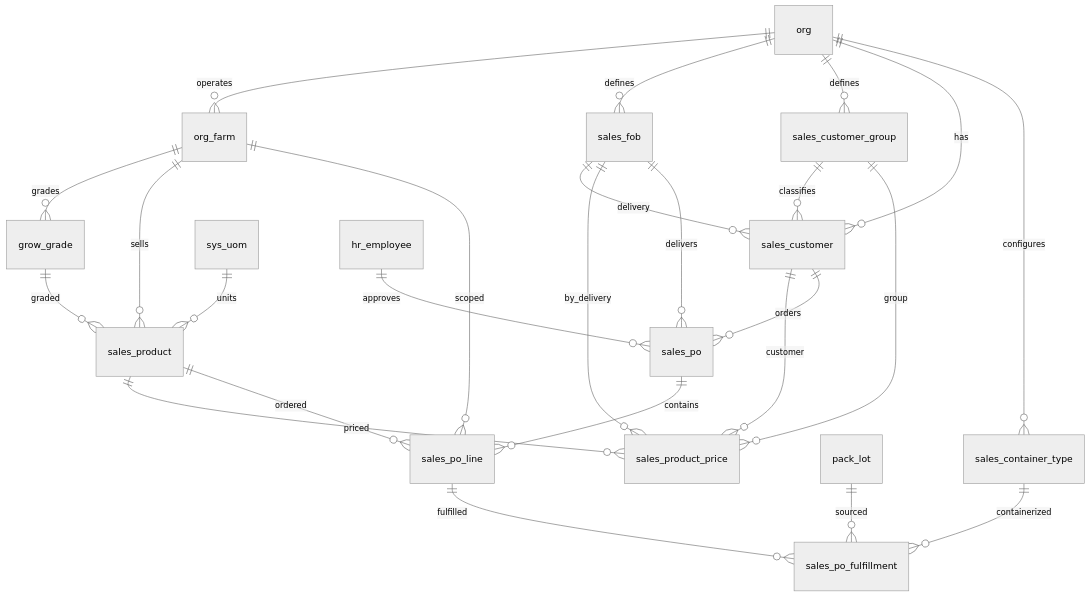
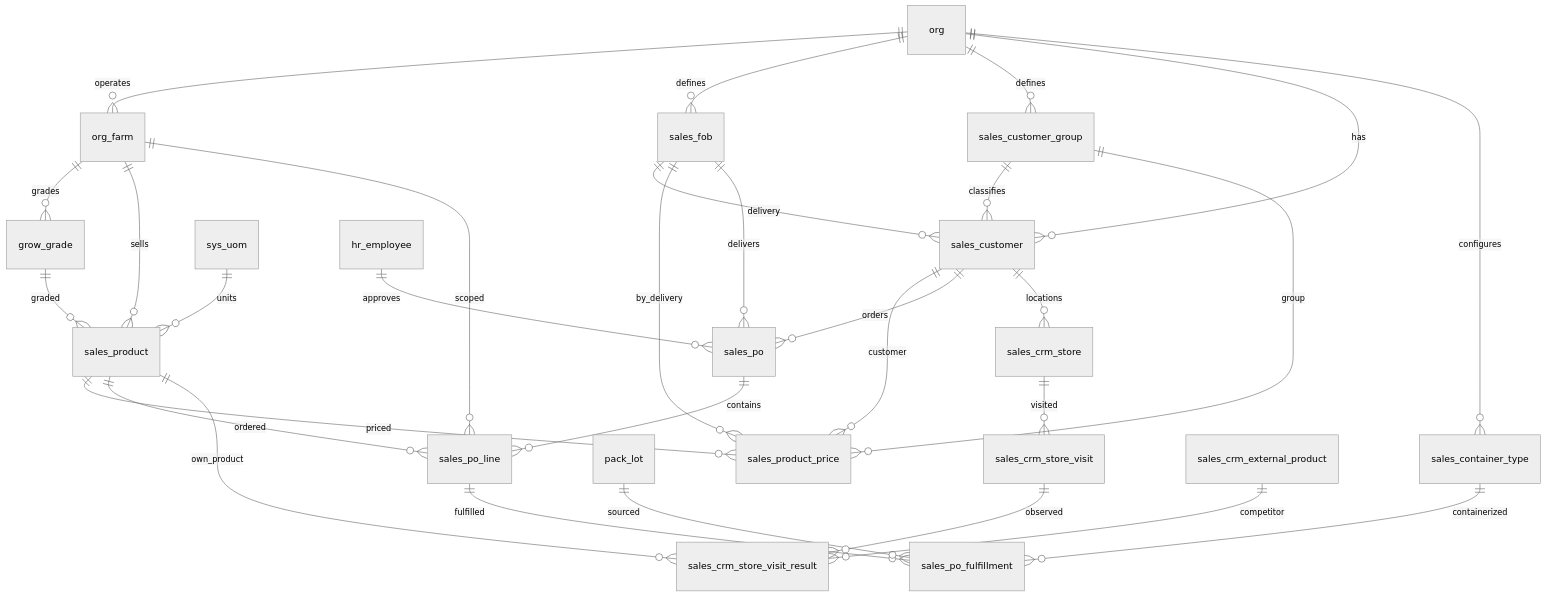
Before and after one commit to Hawaii-Farming/aloha-app: the diagram in docs/schemas/20260401000008_sales.md, drawn with Mermaid (neutral theme). The commit also changed other lines of this file and 6 other files, not shown here.

First line of the commit message:
Add sales CRM tables: stores, visits, competitor products, observations

````diff
--- a/docs/schemas/20260401000008_sales.md
+++ b/docs/schemas/20260401000008_sales.md
@@ -9,27 +11,32 @@
 ```mermaid
 erDiagram
     org ||--o{ org_farm : operates
     org ||--o{ sales_fob : defines
     org ||--o{ sales_customer_group : defines
     org ||--o{ sales_customer : has
     sales_customer_group ||--o{ sales_customer : classifies
     sales_fob ||--o{ sales_customer : delivery
     org_farm ||--o{ grow_grade : grades
     org_farm ||--o{ sales_product : sells
     grow_grade ||--o{ sales_product : graded
     sys_uom ||--o{ sales_product : units
     sales_product ||--o{ sales_product_price : priced
     sales_fob ||--o{ sales_product_price : by_delivery
     sales_customer ||--o{ sales_product_price : customer
     sales_customer_group ||--o{ sales_product_price : group
     sales_customer ||--o{ sales_po : orders
     sales_fob ||--o{ sales_po : delivers
     org_farm ||--o{ sales_po_line : scoped
     sales_po ||--o{ sales_po_line : contains
     sales_product ||--o{ sales_po_line : ordered
     sales_po_line ||--o{ sales_po_fulfillment : fulfilled
     pack_lot ||--o{ sales_po_fulfillment : sourced
     sales_container_type ||--o{ sales_po_fulfillment : containerized
+    sales_customer ||--o{ sales_crm_store : locations
+    sales_crm_store ||--o{ sales_crm_store_visit : visited
+    sales_crm_store_visit ||--o{ sales_crm_store_visit_result : observed
+    sales_product ||--o{ sales_crm_store_visit_result : own_product
+    sales_crm_external_product ||--o{ sales_crm_store_visit_result : competitor
     org ||--o{ sales_container_type : configures
     hr_employee ||--o{ sales_po : approves
 ```
````
